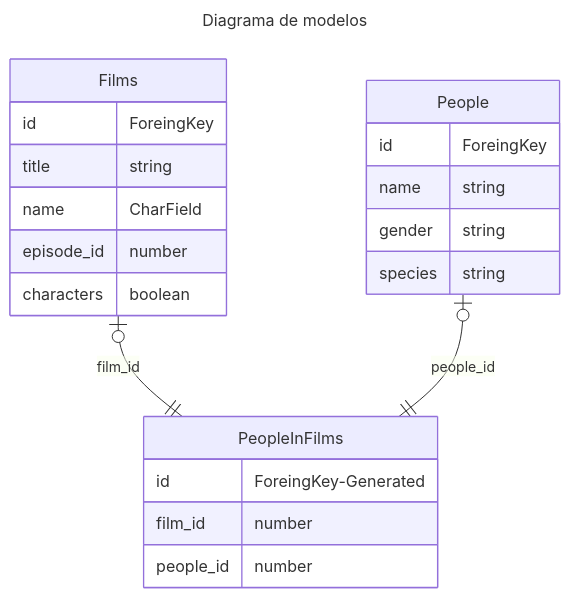
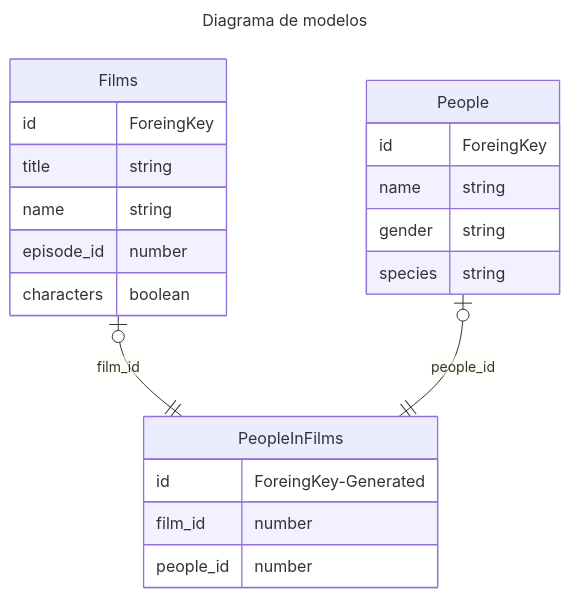
Before and after one commit to DarthKenar/StarWarsAPI: the diagram in src/doc/models.mmd, drawn with Mermaid.

Commit message:
📖 DOC:

```diff
--- a/src/doc/models.mmd
+++ b/src/doc/models.mmd
@@ -1,27 +1,27 @@
 ---
 title: Diagrama de modelos
 ---
 erDiagram 
     Films |o--|| PeopleInFilms : film_id
     People |o--|| PeopleInFilms : people_id
 
     Films {
         id ForeingKey
         title string
-        name CharField
+        name string
         episode_id number
         characters boolean
     }
 
     PeopleInFilms {
         id ForeingKey-Generated
         film_id number
         people_id number
     }
     
     People {
         id ForeingKey
         name string
         gender string
         species string
     }
```
